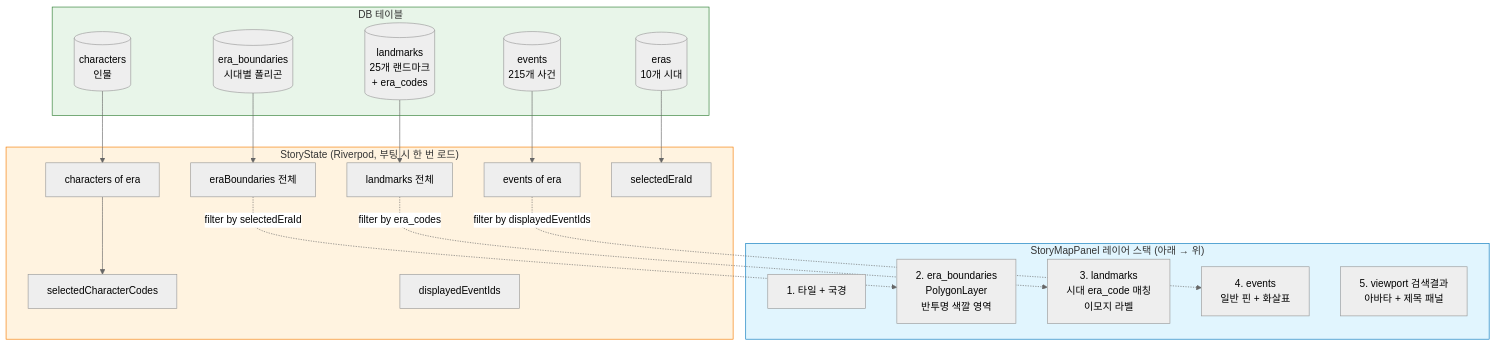
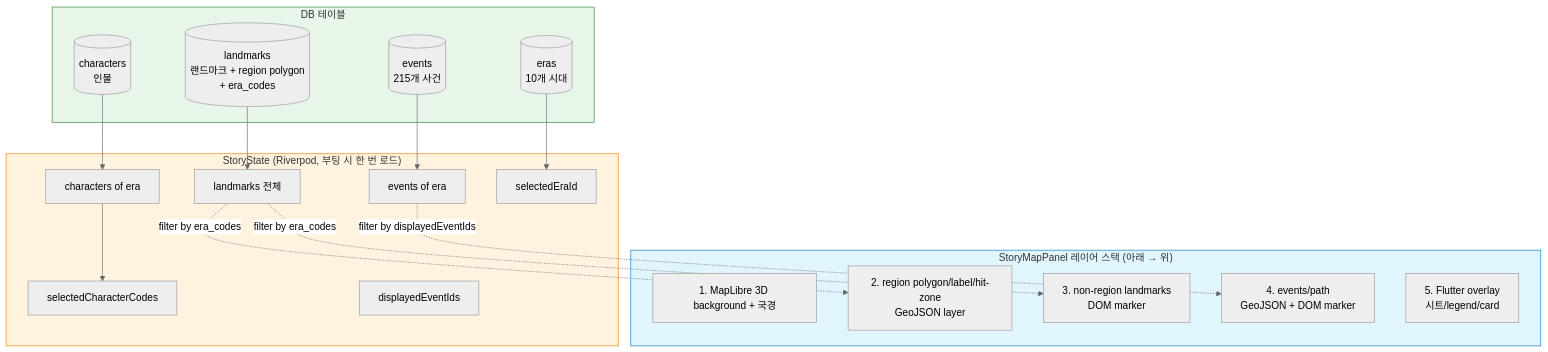
One commit to brand-i-admin/story_bible changed the second of 5 diagrams in docs/guides/WORKFLOW_GUIDE.md. Above: the diagram before and after it, drawn with Mermaid (neutral theme). The commit also changed other lines of this file and 35 other files, not shown here.

````diff
--- a/docs/guides/WORKFLOW_GUIDE.md
+++ b/docs/guides/WORKFLOW_GUIDE.md
@@ -287,40 +279,37 @@
 ```mermaid
 flowchart TB
     subgraph DBL["DB 테이블"]
         ER[(eras<br/>10개 시대)]
         EV[(events<br/>215개 사건)]
-        EB[(era_boundaries<br/>시대별 폴리곤)]
-        LM[(landmarks<br/>25개 랜드마크<br/>+ era_codes)]
+        LM[(landmarks<br/>랜드마크 + region polygon<br/>+ era_codes)]
         CH[(characters<br/>인물)]
     end
 
     subgraph STATE["StoryState (Riverpod, 부팅 시 한 번 로드)"]
         S1[landmarks 전체]
-        S2[eraBoundaries 전체]
         S3[characters of era]
         S4[events of era]
         S5[selectedEraId]
         S6[selectedCharacterCodes]
         S7[displayedEventIds]
     end
 
     subgraph MAP["StoryMapPanel 레이어 스택 (아래 → 위)"]
-        L0[1. 타일 + 국경]
-        L1[2. era_boundaries<br/>PolygonLayer<br/>반투명 색깔 영역]
-        L2[3. landmarks<br/>시대 era_code 매칭<br/>이모지 라벨]
-        L3[4. events<br/>일반 핀 + 화살표]
-        L4[5. viewport 검색결과<br/>아바타 + 제목 패널]
+        L0[1. MapLibre 3D background + 국경]
+        L1[2. region polygon/label/hit-zone<br/>GeoJSON layer]
+        L2[3. non-region landmarks<br/>DOM marker]
+        L3[4. events/path<br/>GeoJSON + DOM marker]
+        L4[5. Flutter overlay<br/>시트/legend/card]
     end
 
     LM --> S1
+    S1 -.filter by era_codes.-> L1
     S1 -.filter by era_codes.-> L2
-    EB --> S2
-    S2 -.filter by selectedEraId.-> L1
     ER --> S5
     EV --> S4 -.filter by displayedEventIds.-> L3
     CH --> S3 --> S6
 
     style DBL fill:#E8F5E9,stroke:#2E7D32
     style STATE fill:#FFF3E0,stroke:#F57C00
     style MAP fill:#E1F5FE,stroke:#0277BD
 ```
````
